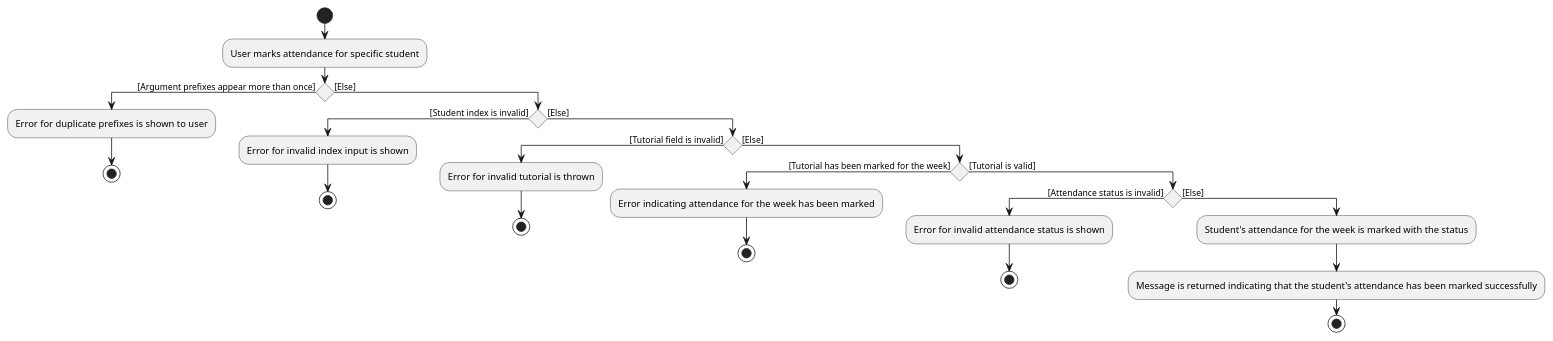
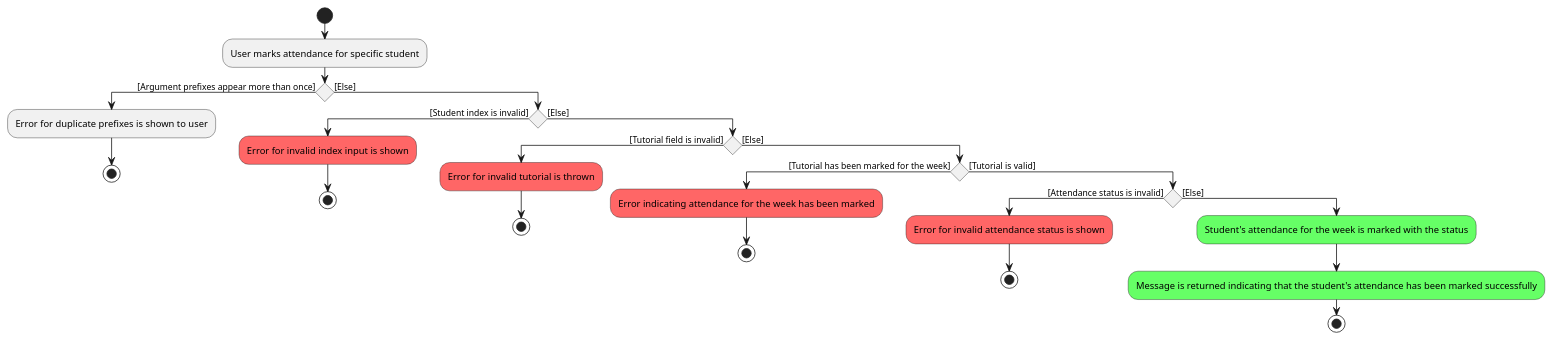
The diagram in docs/diagrams/MarkAttendanceActivityDiagram.puml (proto-aiken-13/tp), drawn with PlantUML before and after one commit. The commit also changed 5 other files, not shown here.

Commit message:
Fix DG Activity Diagram

```diff
--- a/docs/diagrams/MarkAttendanceActivityDiagram.puml
+++ b/docs/diagrams/MarkAttendanceActivityDiagram.puml
@@ -1,30 +1,30 @@
 @startuml
 'https://plantuml.com/activity-diagram-beta
 
 start
 :User marks attendance for specific student;
 if () then ([Argument prefixes appear more than once])
     :Error for duplicate prefixes is shown to user;
     stop;
 else ([Else])
     if () then ([Student index is invalid])
-        :Error for invalid index input is shown;
+        #FF6666:Error for invalid index input is shown;
         stop;
     else ([Else])
         if () then ([Tutorial field is invalid])
-            :Error for invalid tutorial is thrown;
+            #FF6666:Error for invalid tutorial is thrown;
             stop;
         else ([Else])
             if () then ([Tutorial has been marked for the week])
-                :Error indicating attendance for the week has been marked;
+                #FF6666:Error indicating attendance for the week has been marked;
                 stop;
             else ([Tutorial is valid])
                 if () then ([Attendance status is invalid])
-                    :Error for invalid attendance status is shown;
+                    #FF6666:Error for invalid attendance status is shown;
                     stop;
                 else ([Else])
-                    :Student's attendance for the week is marked with the status;
-                    :Message is returned indicating that the student's attendance has been marked successfully;
+                    #66FF66:Student's attendance for the week is marked with the status;
+                    #66FF66:Message is returned indicating that the student's attendance has been marked successfully;
 stop
 
 @enduml
```
